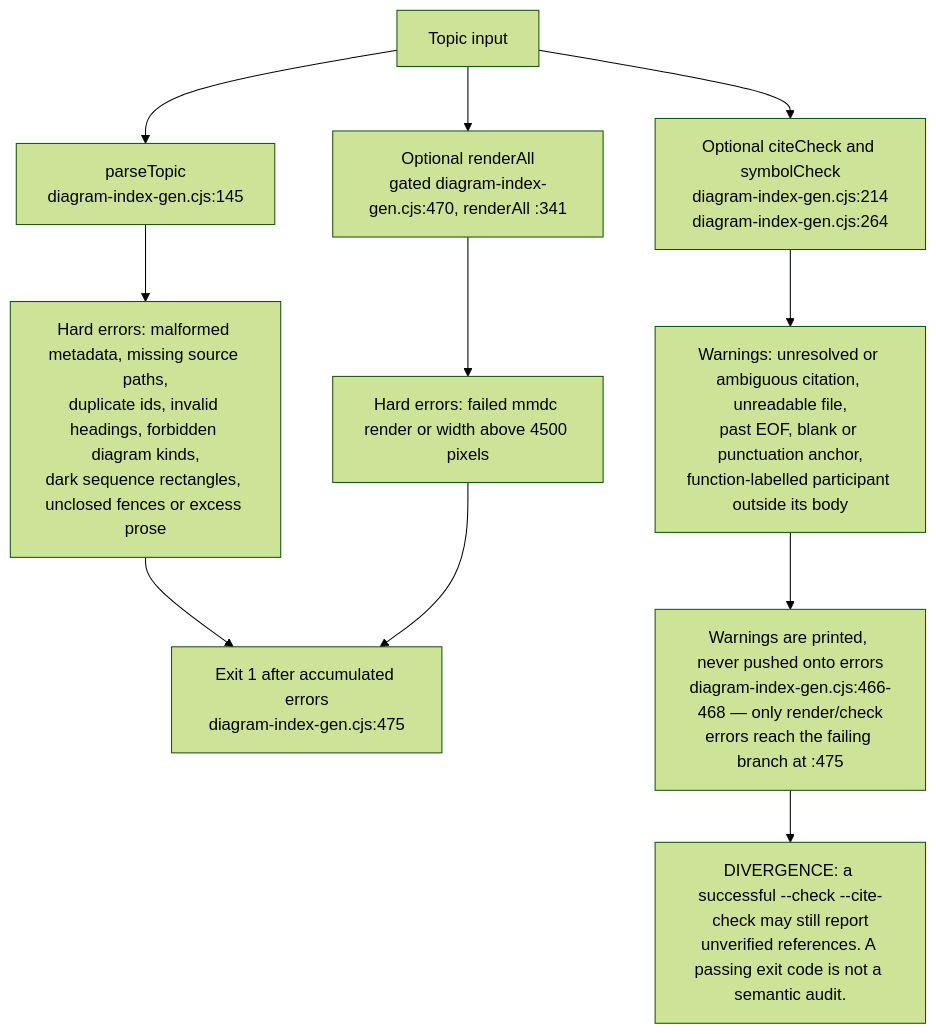
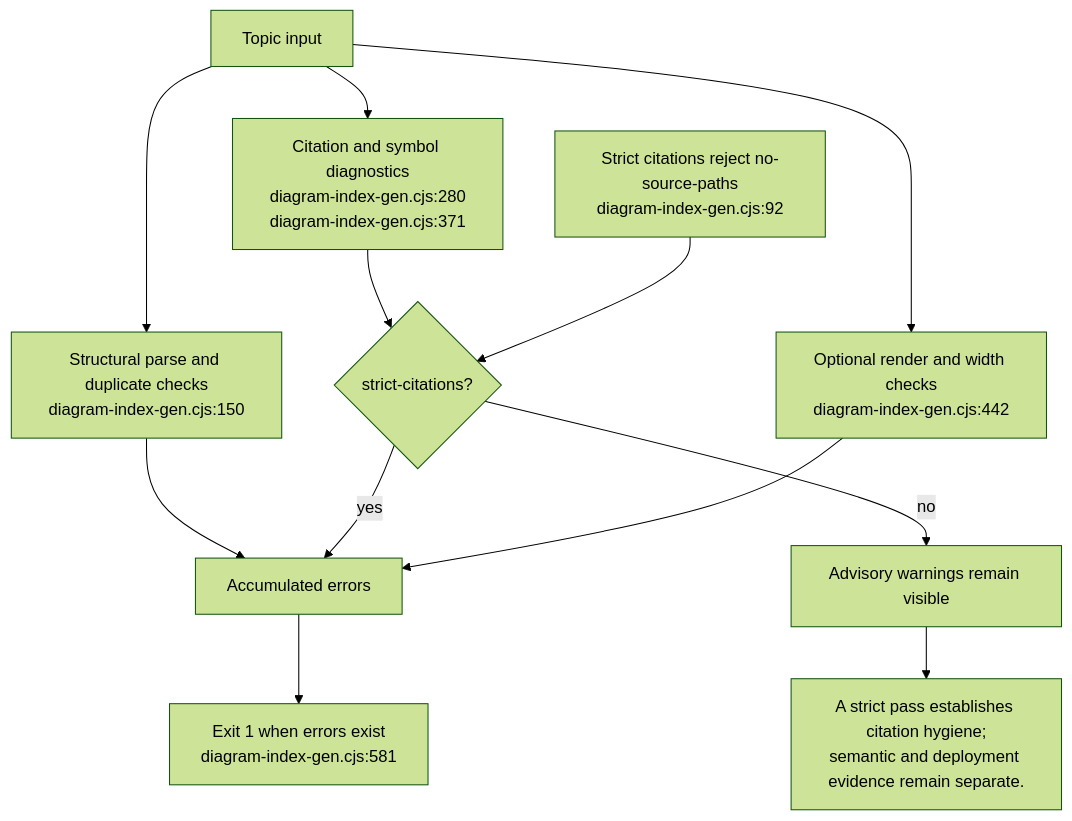
The ninth of 13 diagrams in docs/diagrams/visionflow/06-diagram-tooling.md (DreamLab-AI/VisionFlow), drawn with Mermaid (forest theme) before and after one commit. The commit also changed other lines of this file and 20 other files, not shown here.

Commit message:
fix: enforce citation checks and implement estate closeout tooling

````diff
--- a/docs/diagrams/visionflow/06-diagram-tooling.md
+++ b/docs/diagrams/visionflow/06-diagram-tooling.md
@@ -301,14 +298,15 @@
 ```mermaid
 flowchart TB
-    I["Topic input"] --> P["parseTopic<br/>diagram-index-gen.cjs:145"]
-    P --> E["Hard errors: malformed metadata, missing source paths,<br/>duplicate ids, invalid headings, forbidden diagram kinds,<br/>dark sequence rectangles, unclosed fences or excess prose"]
-    I --> C["Optional citeCheck and symbolCheck<br/>diagram-index-gen.cjs:214<br/>diagram-index-gen.cjs:264"]
-    C --> W["Warnings: unresolved or ambiguous citation, unreadable file,<br/>past EOF, blank or punctuation anchor,<br/>function-labelled participant outside its body"]
-    I --> R["Optional renderAll<br/>gated diagram-index-gen.cjs:470, renderAll :341"]
-    R --> RE["Hard errors: failed mmdc render or width above 4500 pixels"]
-    E --> FAIL["Exit 1 after accumulated errors<br/>diagram-index-gen.cjs:475"]
-    RE --> FAIL
-    W --> OK["Warnings are printed, never pushed onto errors<br/>diagram-index-gen.cjs:466-468 — only render/check<br/>errors reach the failing branch at :475"]
-    Note["DIVERGENCE: a successful --check --cite-check may still report<br/>unverified references. A passing exit code is not a semantic audit."]
-    OK --> Note
+    I["Topic input"] --> P["Structural parse and duplicate checks<br/>diagram-index-gen.cjs:150"]
+    P --> ERR["Accumulated errors"]
+    I --> C["Citation and symbol diagnostics<br/>diagram-index-gen.cjs:280<br/>diagram-index-gen.cjs:371"]
+    C --> STRICT{"strict-citations?"}
+    STRICT -->|yes| ERR
+    STRICT -->|no| WARN["Advisory warnings remain visible"]
+    I --> R["Optional render and width checks<br/>diagram-index-gen.cjs:442"]
+    R --> ERR
+    ERR --> FAIL["Exit 1 when errors exist<br/>diagram-index-gen.cjs:581"]
+    MODE["Strict citations reject no-source-paths<br/>diagram-index-gen.cjs:92"] --> STRICT
+    LIMIT["A strict pass establishes citation hygiene;<br/>semantic and deployment evidence remain separate."]
+    WARN --> LIMIT
 ```
````
